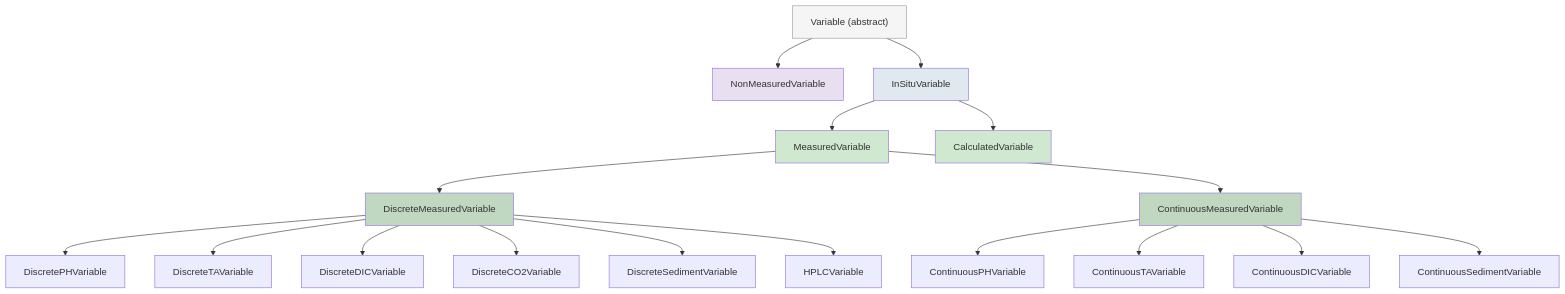
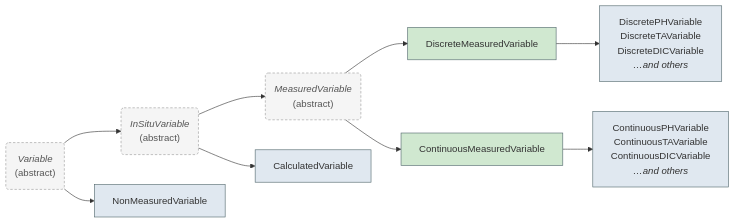
The diagram in src/docs/files/variables.md (submarine-mrv/oae-data-protocol), drawn with Mermaid before and after one commit. The commit also changed 5 other files, not shown here.

Commit message:
add styling, update variable diagram

````diff
--- a/src/docs/files/variables.md
+++ b/src/docs/files/variables.md
@@ -7,28 +7,37 @@
 ```mermaid
-graph TD
-    V["Variable (abstract)"]
-    V --> NMV["NonMeasuredVariable"]
-    V --> ISV["InSituVariable"]
-    ISV --> MV["MeasuredVariable"]
-    ISV --> CV["CalculatedVariable"]
-    MV --> DM["DiscreteMeasuredVariable"]
-    MV --> CM["ContinuousMeasuredVariable"]
-    DM --> DPH["DiscretePHVariable"]
-    DM --> DTA["DiscreteTAVariable"]
-    DM --> DDIC["DiscreteDICVariable"]
-    DM --> DCO2["DiscreteCO2Variable"]
-    DM --> DSED["DiscreteSedimentVariable"]
-    DM --> HPLC["HPLCVariable"]
-    CM --> CPH["ContinuousPHVariable"]
-    CM --> CTA["ContinuousTAVariable"]
-    CM --> CDIC["ContinuousDICVariable"]
-    CM --> CSED["ContinuousSedimentVariable"]
+graph LR
+    V("`*Variable*
+    (abstract)`")
+    ISV("`*InSituVariable*
+    (abstract)`")
+    MV("`*MeasuredVariable*
+    (abstract)`")
+    NMV["NonMeasuredVariable"]
+    CV["CalculatedVariable"]
+    DM["DiscreteMeasuredVariable"]
+    CM["ContinuousMeasuredVariable"]
+    DPH["`DiscretePHVariable
+    DiscreteTAVariable
+    DiscreteDICVariable
+    *…and others*`"]
+    CPH["`ContinuousPHVariable
+    ContinuousTAVariable
+    ContinuousDICVariable
+    *…and others*`"]
 
-    style V fill:#f5f5f5,stroke:#999
-    style NMV fill:#e8e0f0
-    style ISV fill:#e0e8f0
-    style MV fill:#d0e8d0
-    style CV fill:#d0e8d0
-    style DM fill:#c0d8c0
-    style CM fill:#c0d8c0
+    V --> NMV
+    V --> ISV
+    ISV --> CV
+    ISV --> MV
+    MV --> DM
+    MV --> CM
+    DM --> DPH
+    CM --> CPH
+
+    classDef abstract fill:#f5f5f5,stroke:#999,stroke-dasharray: 4 3,color:#555
+    classDef concrete fill:#e0e8f0,stroke:#4F656A
+    classDef leaf fill:#d0e8d0,stroke:#4F656A
+    class V,ISV,MV abstract
+    class NMV,CV,DPH,CPH concrete
+    class DM,CM leaf
 ```
````
